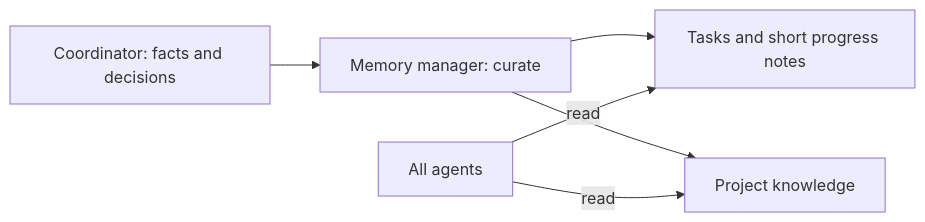
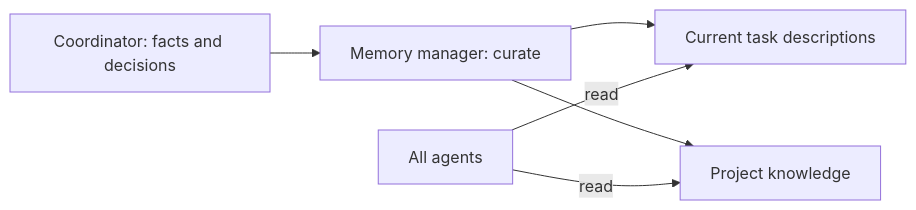
One commit to smartfrog/opencode-froggy changed the diagram in docs/memory.md. Above: the diagram before and after it, drawn with Mermaid. The commit also changed other lines of this file and 16 other files, not shown here.

````diff
--- a/docs/memory.md
+++ b/docs/memory.md
@@ -6,8 +6,8 @@
 ```mermaid
 flowchart LR
     C[Coordinator: facts and decisions] --> M[Memory manager: curate]
-    M --> T[Tasks and short progress notes]
+    M --> T[Current task descriptions]
     M --> K[Project knowledge]
     A[All agents] -->|read| T
     A -->|read| K
 ```
````
